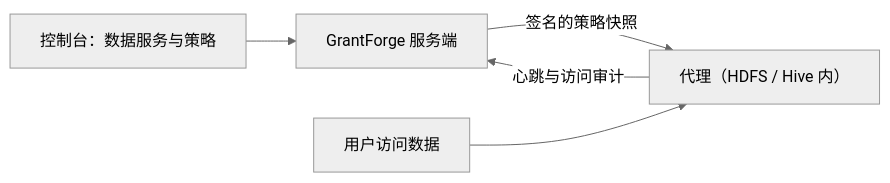
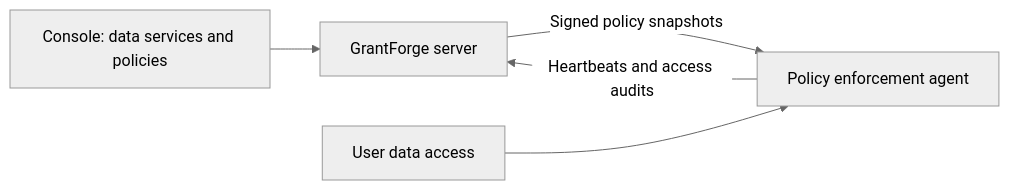
The diagram in docs/content/en/external/data-services.md (devlive-community/grantforge), drawn with Mermaid (neutral theme) before and after one commit. The commit also changed other lines of this file and 45 other files, not shown here.

````diff
--- a/docs/content/en/external/data-services.md
+++ b/docs/content/en/external/data-services.md
@@ -17,7 +17,7 @@
 ```mermaid
 flowchart LR
-  C[控制台：数据服务与策略] --> S[GrantForge 服务端]
-  S -->|签名的策略快照| A[代理（HDFS / Hive 内）]
-  A -->|心跳与访问审计| S
-  U[用户访问数据] --> A
+  C["Console: data services and policies"] --> S["GrantForge server"]
+  S -->|Signed policy snapshots| A["Policy enforcement agent"]
+  A -->|Heartbeats and access audits| S
+  U["User data access"] --> A
 ```
````
